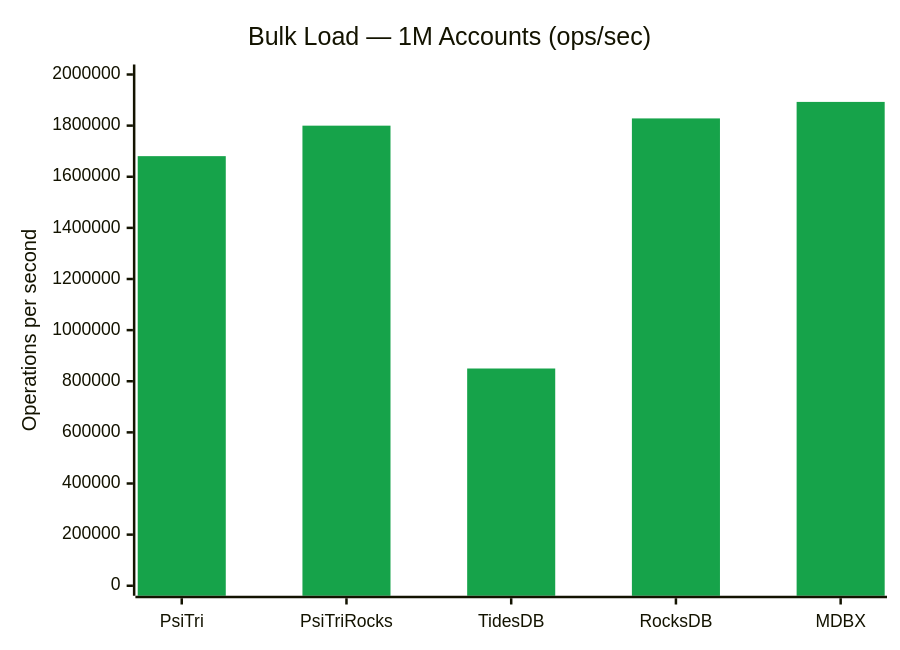
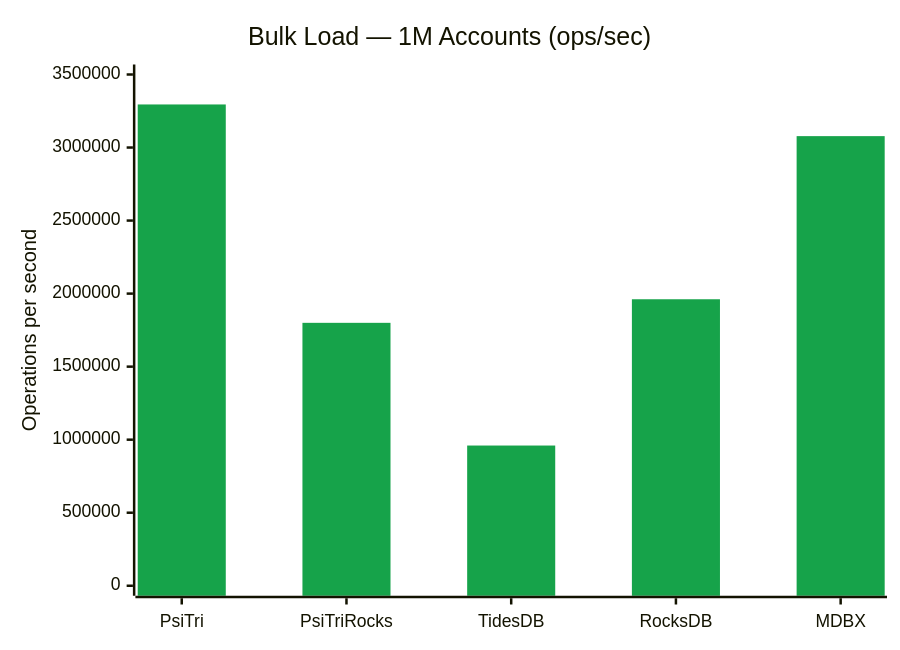
The second of 6 diagrams in programs/BANK_BENCHMARK.md (gofractally/arbtrie), drawn with Mermaid before and after one commit. The commit also changed other lines of this file and 9 other files, not shown here.

````diff
--- a/programs/BANK_BENCHMARK.md
+++ b/programs/BANK_BENCHMARK.md
@@ -90,8 +90,8 @@
 ```mermaid
 %%{init: {'theme': 'base', 'themeVariables': {'xyChart': {'plotColorPalette': '#16A34A'}}}}%%
 xychart-beta
     title "Bulk Load — 1M Accounts (ops/sec)"
     x-axis ["PsiTri", "PsiTriRocks", "TidesDB", "RocksDB", "MDBX"]
-    y-axis "Operations per second" 0 --> 2000000
-    bar [1680597, 1799838, 849857, 1828189, 1892768]
+    y-axis "Operations per second" 0 --> 3500000
+    bar [3294905, 1799931, 959912, 1961333, 3078055]
 ```
````
